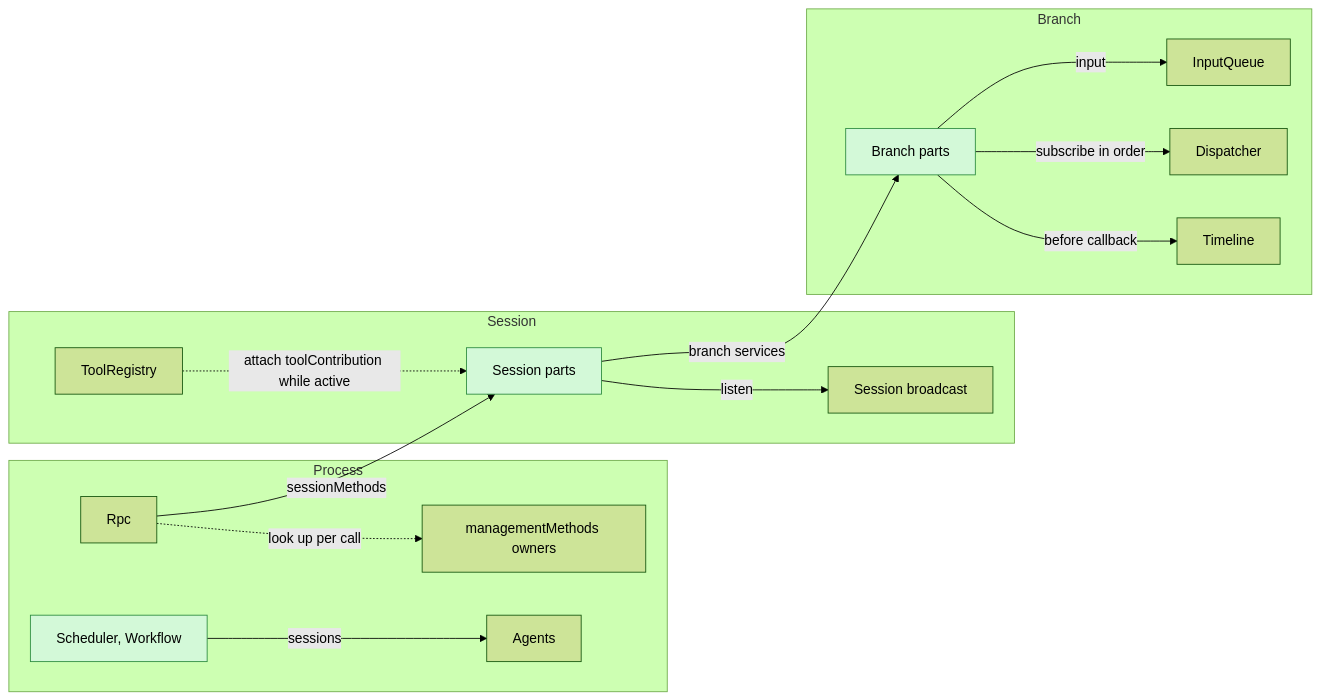
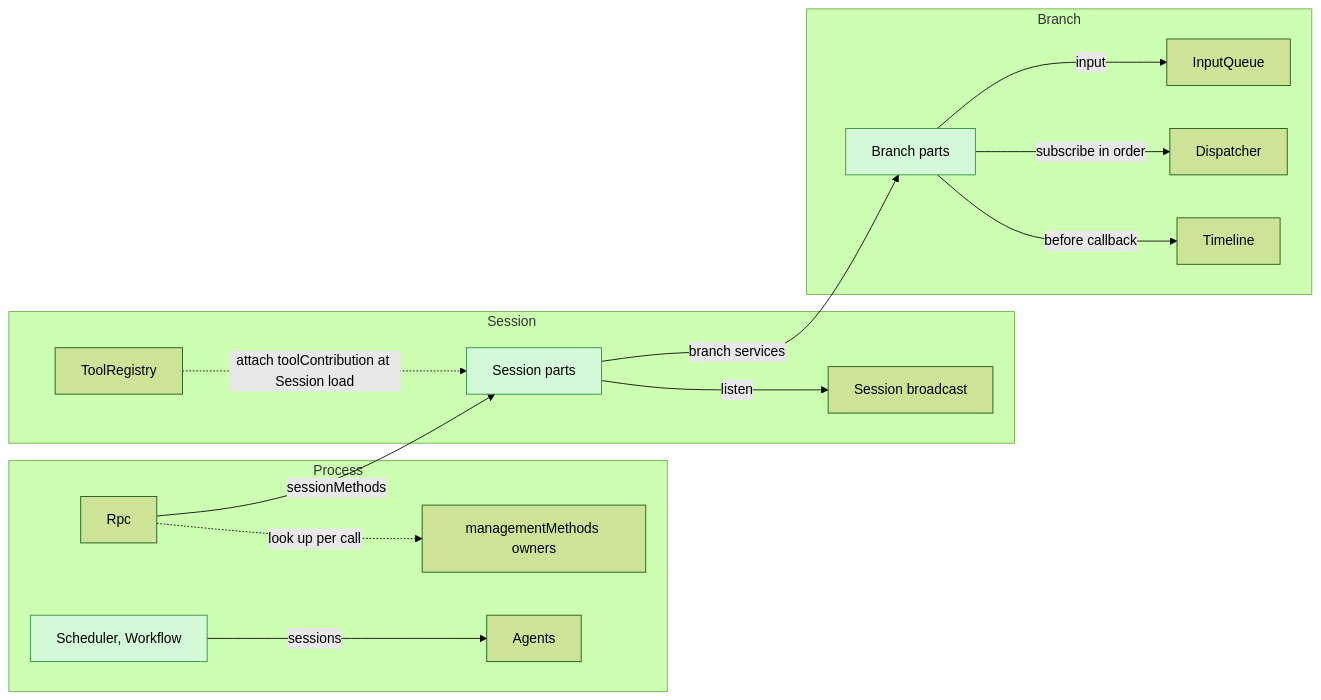
The second of 8 diagrams in docs/design/overview.md (CoutinhoTTS/dim-agent), drawn with Mermaid (forest theme) before and after one commit. The commit also changed other lines of this file and 23 other files, not shown here.

First line of the commit message:
docs: attach optional parts at load; non-retryable error for failed providers

````diff
--- a/docs/design/overview.md
+++ b/docs/design/overview.md
@@ -105,31 +105,31 @@
 ```mermaid
 flowchart LR
   classDef new fill:#d3f9d8,stroke:#2b8a3e,color:#000
 
   subgraph PROC["Process"]
     Rpc["Rpc"]
     Agents["Agents"]
     SchedP["Scheduler, Workflow"]:::new
     MM["managementMethods owners"]
   end
   subgraph SES["Session"]
     TR["ToolRegistry"]
     BC["Session broadcast"]
     SP["Session parts"]:::new
   end
   subgraph BR["Branch"]
     TL["Timeline"]
     DP["Dispatcher"]
     IQ["InputQueue"]
     BP["Branch parts"]:::new
   end
   Rpc -.->|"look up per call"| MM
   Rpc -->|"sessionMethods"| SP
-  TR -.->|"attach toolContribution while active"| SP
+  TR -.->|"attach toolContribution at Session load"| SP
   SP -->|"listen"| BC
   BP -->|"before callback"| TL
   BP -->|"subscribe in order"| DP
   BP -->|"input"| IQ
   SchedP -->|"sessions"| Agents
   SP -->|"branch services"| BP
 ```
````
